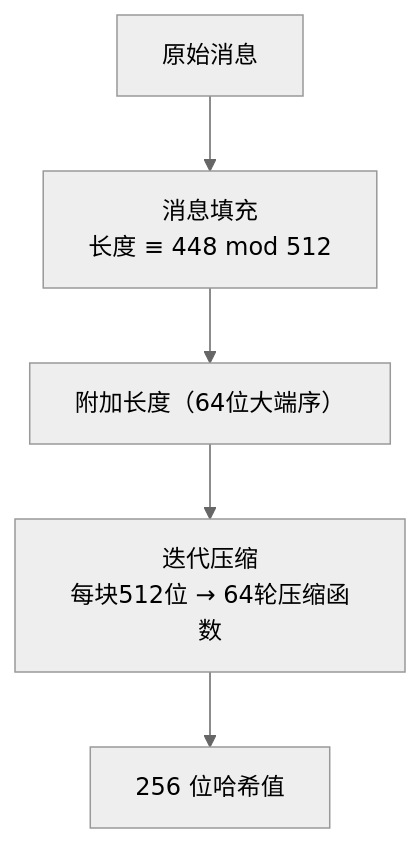
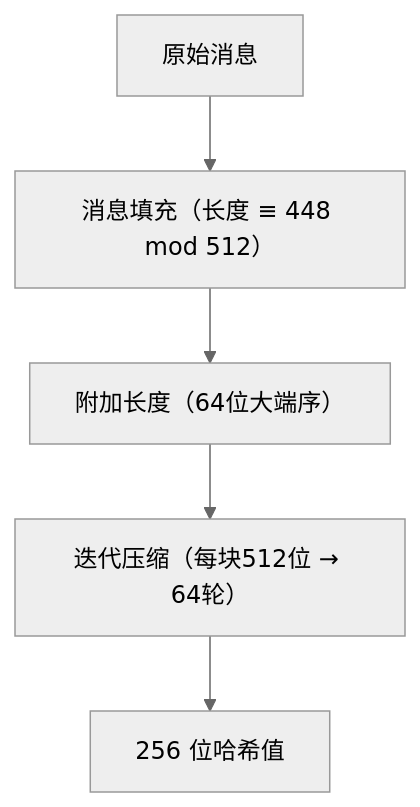
Before and after one commit to chinehe/knowledge-mkdocs: the second of 2 diagrams in docs/Computer&Network/摘要算法/国密SM3.md, drawn with Mermaid (neutral theme). The commit also changed other lines of this file and 7 other files, not shown here.

````diff
--- a/docs/Computer&Network/摘要算法/国密SM3.md
+++ b/docs/Computer&Network/摘要算法/国密SM3.md
@@ -44,7 +40,7 @@
 ```mermaid
 flowchart TD
-    A[原始消息] --> B["消息填充<br>长度 ≡ 448 mod 512"]
+    A[原始消息] --> B["消息填充（长度 ≡ 448 mod 512）"]
     B --> C["附加长度（64位大端序）"]
-    C --> D["迭代压缩<br>每块512位 → 64轮压缩函数"]
+    C --> D["迭代压缩（每块512位 → 64轮）"]
     D --> E[256 位哈希值]
 ```
````
